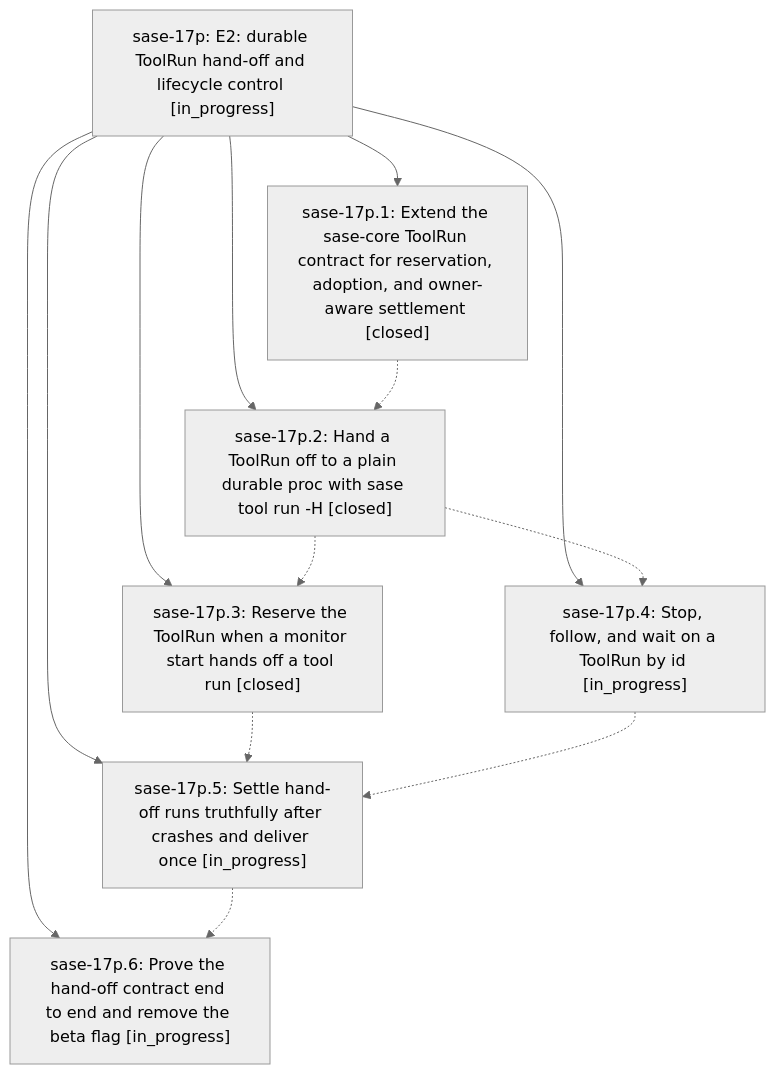
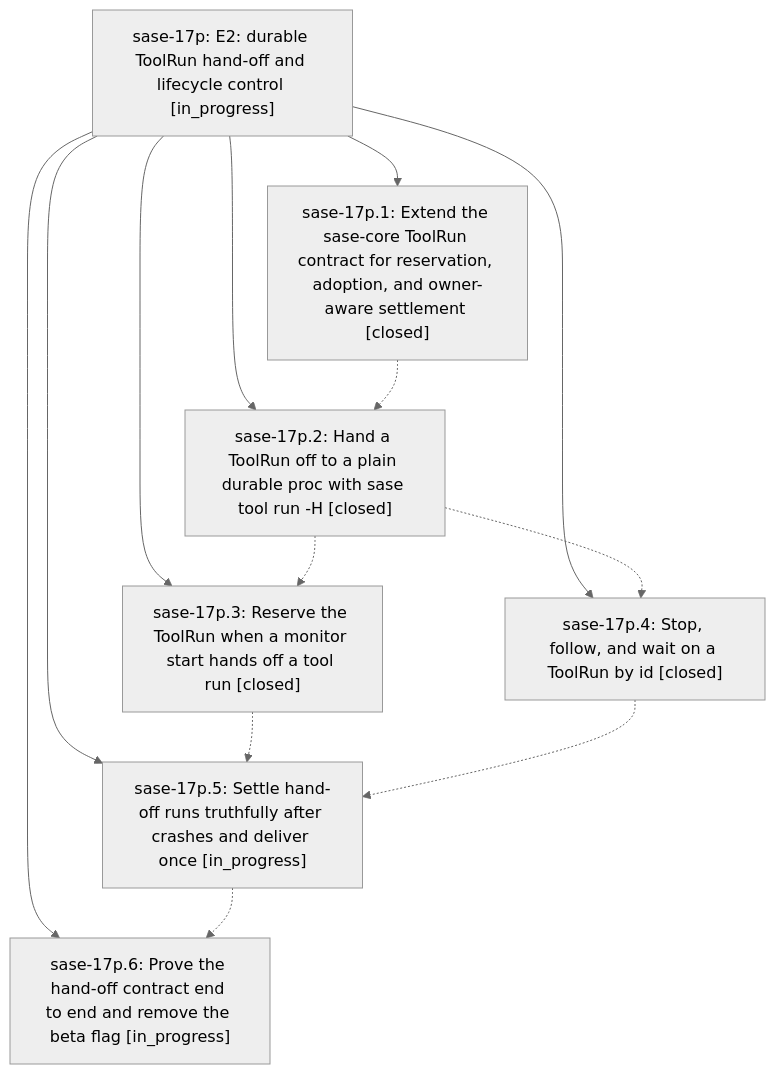
The diagram in pages/sase-17p/README.md (sase-org/sase--beads), drawn with Mermaid (neutral theme) before and after one commit. The commit also changed other lines of this file and 4 other files, not shown here.

````diff
--- a/pages/sase-17p/README.md
+++ b/pages/sase-17p/README.md
@@ -31,22 +31,22 @@
 ```mermaid
 flowchart TD
     n0["sase-17p: E2: durable ToolRun hand-off and lifecycle control [in_progress]"]
     n1["sase-17p.1: Extend the sase-core ToolRun contract for reservation, adoption, and owner-aware settlement [closed]"]
     n2["sase-17p.2: Hand a ToolRun off to a plain durable proc with sase tool run -H [closed]"]
     n3["sase-17p.3: Reserve the ToolRun when a monitor start hands off a tool run [closed]"]
-    n4["sase-17p.4: Stop, follow, and wait on a ToolRun by id [in_progress]"]
+    n4["sase-17p.4: Stop, follow, and wait on a ToolRun by id [closed]"]
     n5["sase-17p.5: Settle hand-off runs truthfully after crashes and deliver once [in_progress]"]
     n6["sase-17p.6: Prove the hand-off contract end to end and remove the beta flag [in_progress]"]
     n0 --> n1
     n0 --> n2
     n0 --> n3
     n0 --> n4
     n0 --> n5
     n0 --> n6
     n1 -.-> n2
     n2 -.-> n3
     n2 -.-> n4
     n3 -.-> n5
     n4 -.-> n5
     n5 -.-> n6
 ```
````
